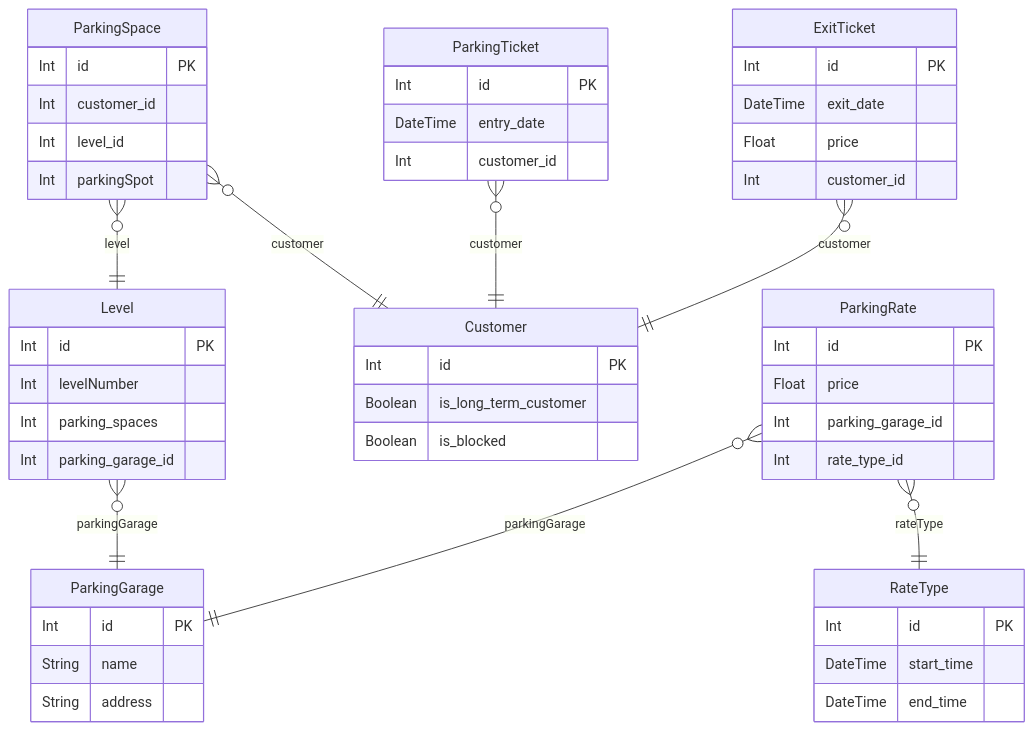
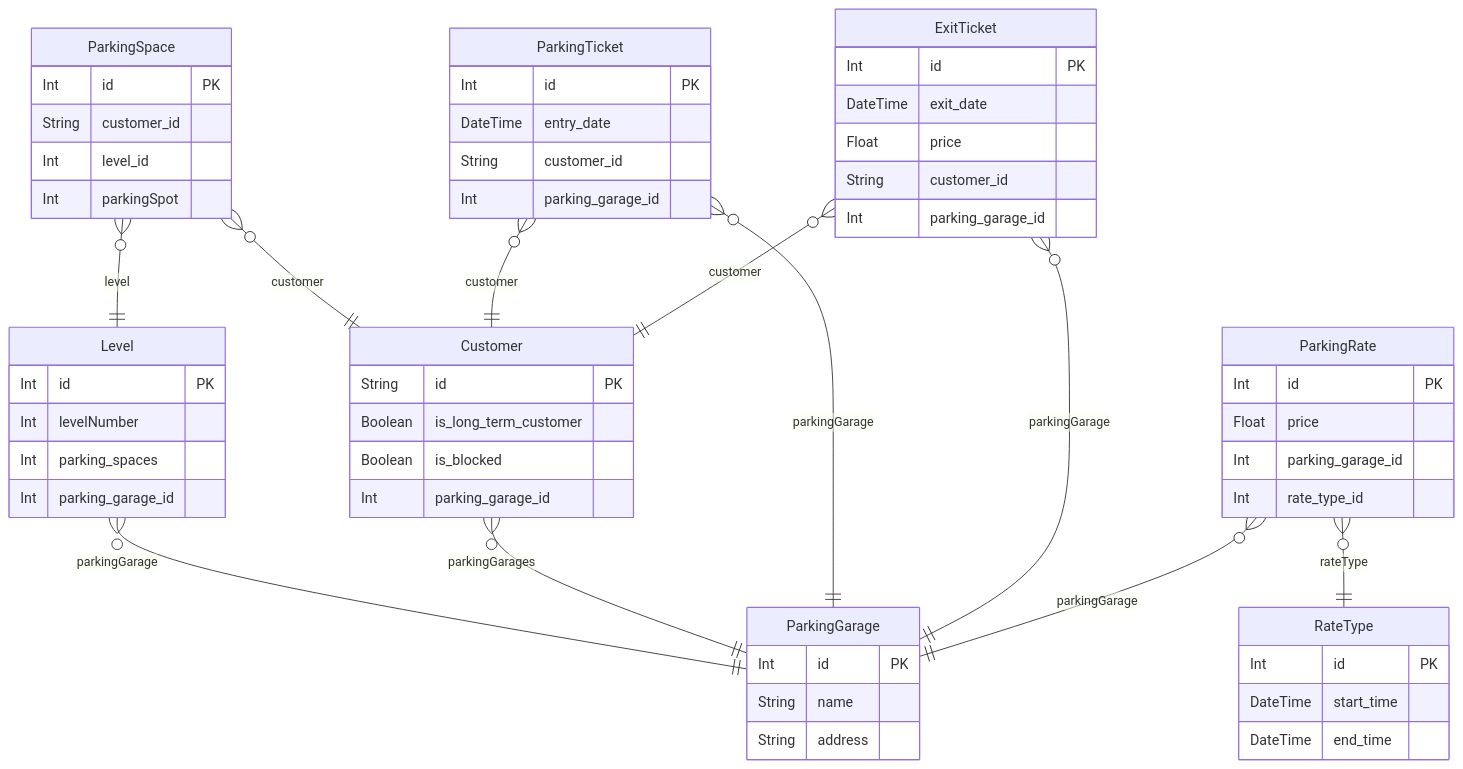
Before and after one commit to DaAlbrecht/parking-garage: the diagram in documentation/erd.md, drawn with Mermaid. The commit also changed 14 other files, not shown here.

````diff
--- a/documentation/erd.md
+++ b/documentation/erd.md
@@ -1,70 +1,76 @@
 ```mermaid
 erDiagram
 
   ParkingGarage {
     Int id PK 
     String name  
     String address  
     }
   
 
   Level {
     Int id PK 
     Int levelNumber  
     Int parking_spaces  
     Int parking_garage_id  
     }
   
 
   ParkingSpace {
     Int id PK 
-    Int customer_id  
+    String customer_id  
     Int level_id  
     Int parkingSpot  
     }
   
 
   Customer {
-    Int id PK 
+    String id PK 
     Boolean is_long_term_customer  
     Boolean is_blocked  
+    Int parking_garage_id  
     }
   
 
   ParkingTicket {
     Int id PK 
     DateTime entry_date  
-    Int customer_id  
+    String customer_id  
+    Int parking_garage_id  
     }
   
 
   ExitTicket {
     Int id PK 
     DateTime exit_date  
     Float price  
-    Int customer_id  
+    String customer_id  
+    Int parking_garage_id  
     }
   
 
   ParkingRate {
     Int id PK 
     Float price  
     Int parking_garage_id  
     Int rate_type_id  
     }
   
 
   RateType {
     Int id PK 
     DateTime start_time  
     DateTime end_time  
     }
   
     Level o{--|| ParkingGarage : "parkingGarage"
     ParkingSpace o{--|| Customer : "customer"
     ParkingSpace o{--|| Level : "level"
+    Customer o{--|| ParkingGarage : "parkingGarages"
     ParkingTicket o{--|| Customer : "customer"
+    ParkingTicket o{--|| ParkingGarage : "parkingGarage"
     ExitTicket o{--|| Customer : "customer"
+    ExitTicket o{--|| ParkingGarage : "parkingGarage"
     ParkingRate o{--|| ParkingGarage : "parkingGarage"
     ParkingRate o{--|| RateType : "rateType"
 ```
````
